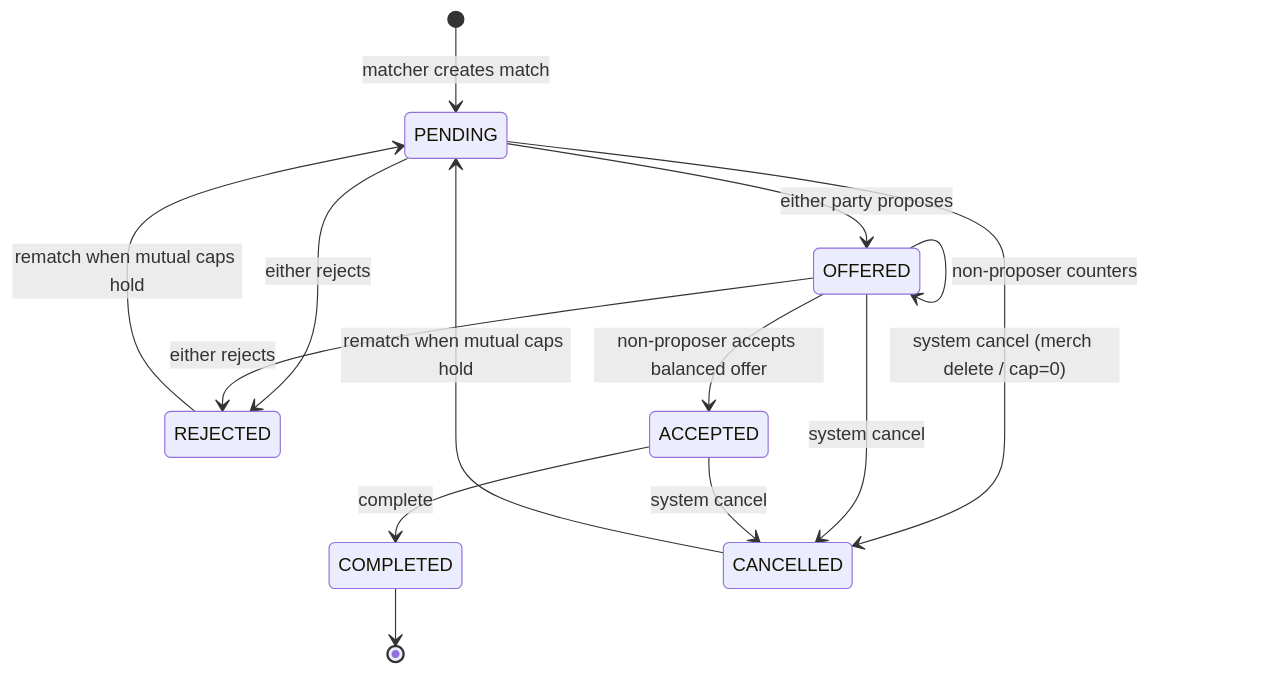
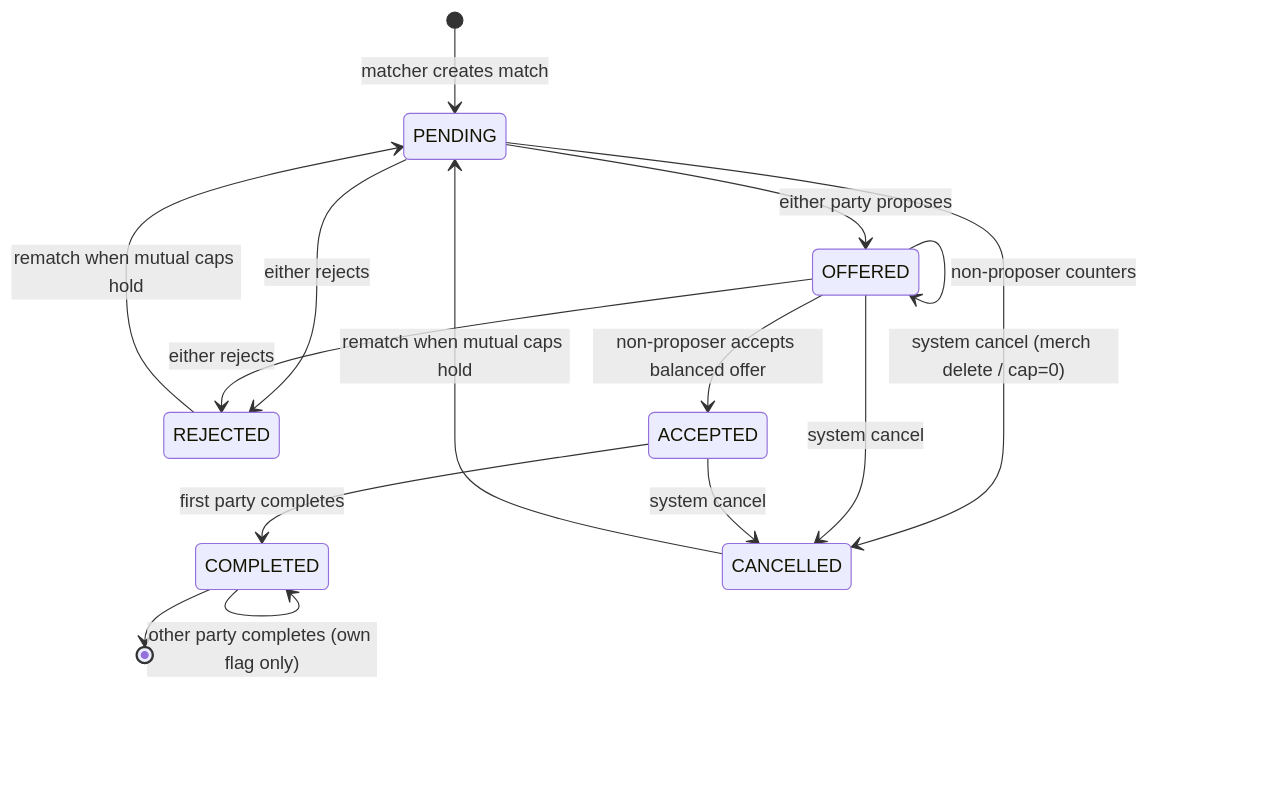
Before and after one commit to menonu/ymatch: the third of 6 diagrams in docs/explanation/architecture/06-runtime.md, drawn with Mermaid. The commit also changed other lines of this file and 27 other files, not shown here.

````diff
--- a/docs/explanation/architecture/06-runtime.md
+++ b/docs/explanation/architecture/06-runtime.md
@@ -84,16 +84,17 @@
 ```mermaid
 stateDiagram-v2
   [*] --> PENDING: matcher creates match
   PENDING --> OFFERED: either party proposes
   PENDING --> REJECTED: either rejects
   OFFERED --> OFFERED: non-proposer counters
   OFFERED --> ACCEPTED: non-proposer accepts balanced offer
   OFFERED --> REJECTED: either rejects
-  ACCEPTED --> COMPLETED: complete
+  ACCEPTED --> COMPLETED: first party completes
+  COMPLETED --> COMPLETED: other party completes (own flag only)
   COMPLETED --> [*]
   PENDING --> CANCELLED: system cancel (merch delete / cap=0)
   OFFERED --> CANCELLED: system cancel
   ACCEPTED --> CANCELLED: system cancel
   REJECTED --> PENDING: rematch when mutual caps hold
   CANCELLED --> PENDING: rematch when mutual caps hold
 ```
````
